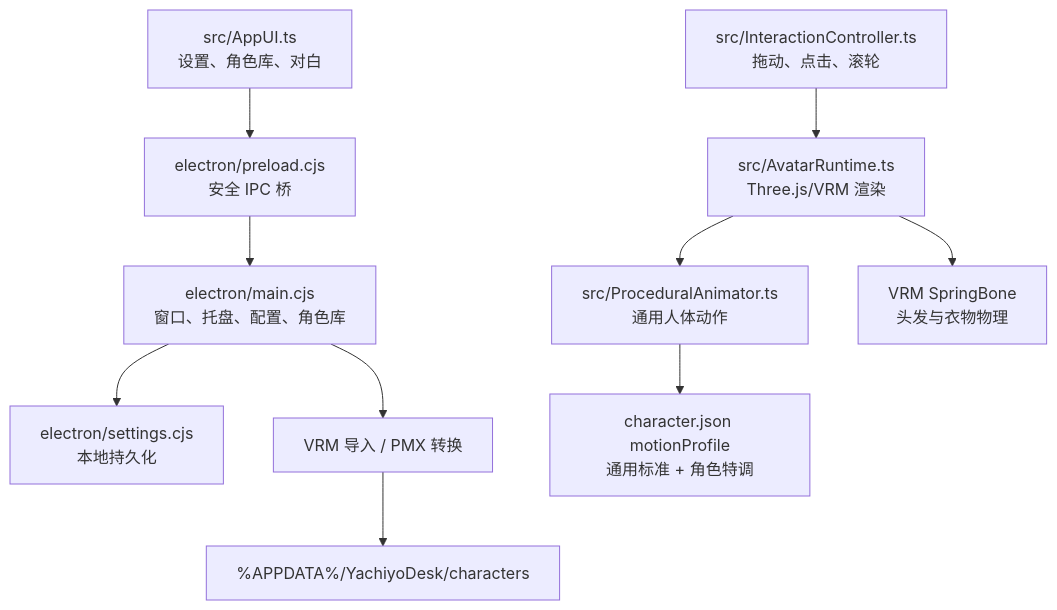
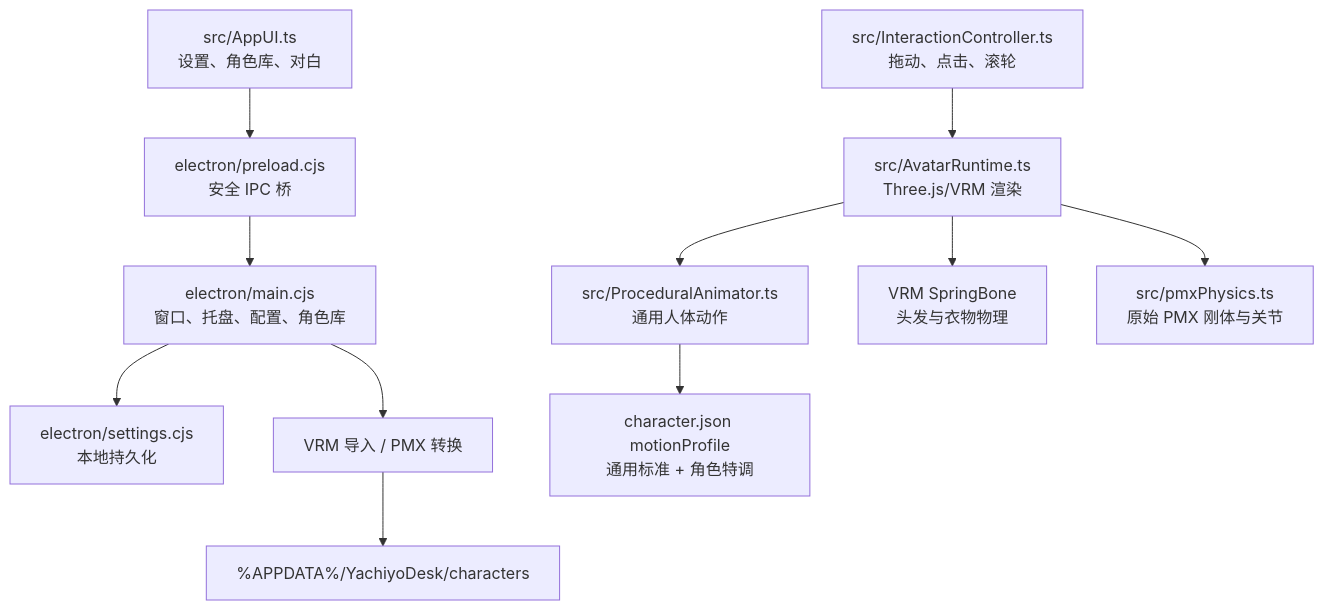
The diagram in docs/ARCHITECTURE.md (earth34online/YachiyoDesk), drawn with Mermaid before and after one commit. The commit also changed other lines of this file and 50 other files, not shown here.

First line of the commit message:
Finalize v1.0.9 with authored PMX physics and smooth desktop transitions

````diff
--- a/docs/ARCHITECTURE.md
+++ b/docs/ARCHITECTURE.md
@@ -7,12 +9,13 @@
 ```mermaid
 flowchart TB
     UI[src/AppUI.ts<br/>设置、角色库、对白] --> Bridge[electron/preload.cjs<br/>安全 IPC 桥]
     Input[src/InteractionController.ts<br/>拖动、点击、滚轮] --> Runtime[src/AvatarRuntime.ts<br/>Three.js/VRM 渲染]
     Bridge --> Main[electron/main.cjs<br/>窗口、托盘、配置、角色库]
     Main --> Store[electron/settings.cjs<br/>本地持久化]
     Main --> Import[VRM 导入 / PMX 转换]
     Import --> UserData[%APPDATA%/YachiyoDesk/characters]
     Runtime --> Animator[src/ProceduralAnimator.ts<br/>通用人体动作]
     Runtime --> Spring[VRM SpringBone<br/>头发与衣物物理]
+    Runtime --> PMX[src/pmxPhysics.ts<br/>原始 PMX 刚体与关节]
     Animator --> Profile[character.json motionProfile<br/>通用标准 + 角色特调]
 ```
````
